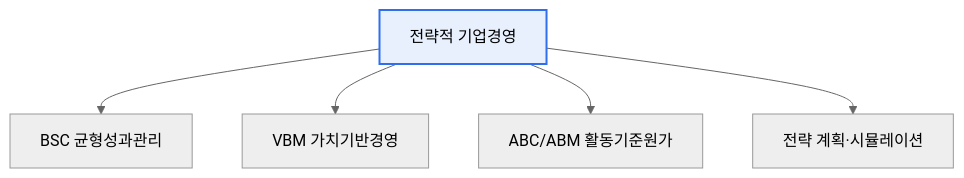
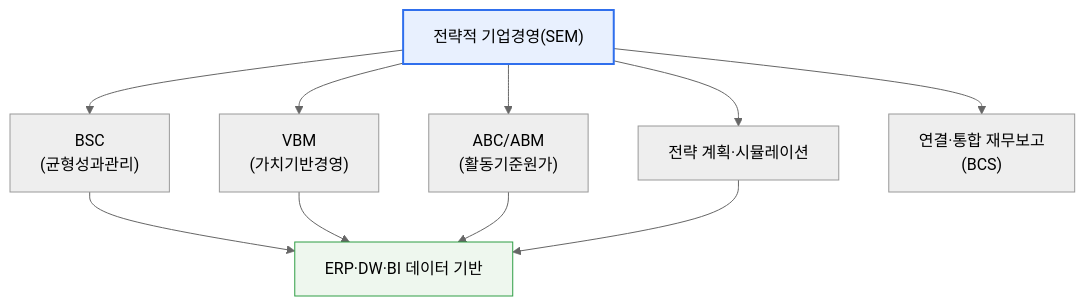
One commit to coninggu/wjdqhrhksflrltnftk changed the first of 2 diagrams in content/strategic-enterprise-management.md. Above: the diagram before and after it, drawn with Mermaid (neutral theme). The commit also changed other lines of this file and 3 other files, not shown here.

First line of the commit message:
Deepen 블록 암호화 알고리즘(Block Cipher), 전략적 기업경영(SEM) (auto)

````diff
--- a/content/strategic-enterprise-management.md
+++ b/content/strategic-enterprise-management.md
@@ -15,8 +21,14 @@
 ```mermaid
 flowchart TB
-  SEM[전략적 기업경영] --> B[BSC 균형성과관리]
-  SEM --> V[VBM 가치기반경영]
-  SEM --> A[ABC/ABM 활동기준원가]
-  SEM --> P[전략 계획·시뮬레이션]
+  SEM["전략적 기업경영(SEM)"] --> B["BSC<br/>(균형성과관리)"]
+  SEM --> V["VBM<br/>(가치기반경영)"]
+  SEM --> A["ABC/ABM<br/>(활동기준원가)"]
+  SEM --> P["전략 계획·시뮬레이션"]
+  SEM --> C["연결·통합 재무보고<br/>(BCS)"]
+  B --> DATA["ERP·DW·BI 데이터 기반"]
+  V --> DATA
+  A --> DATA
+  P --> DATA
   style SEM fill:#e8f0fe,stroke:#2f6fed,stroke-width:2px
+  style DATA fill:#eef7ee,stroke:#2f9e44
 ```
````
